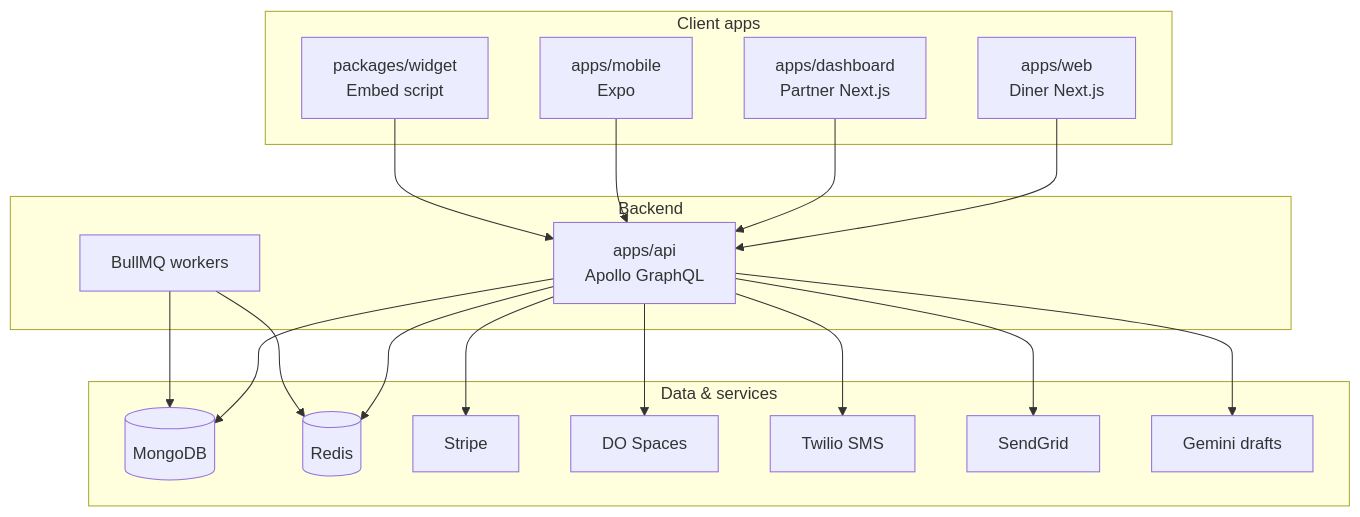
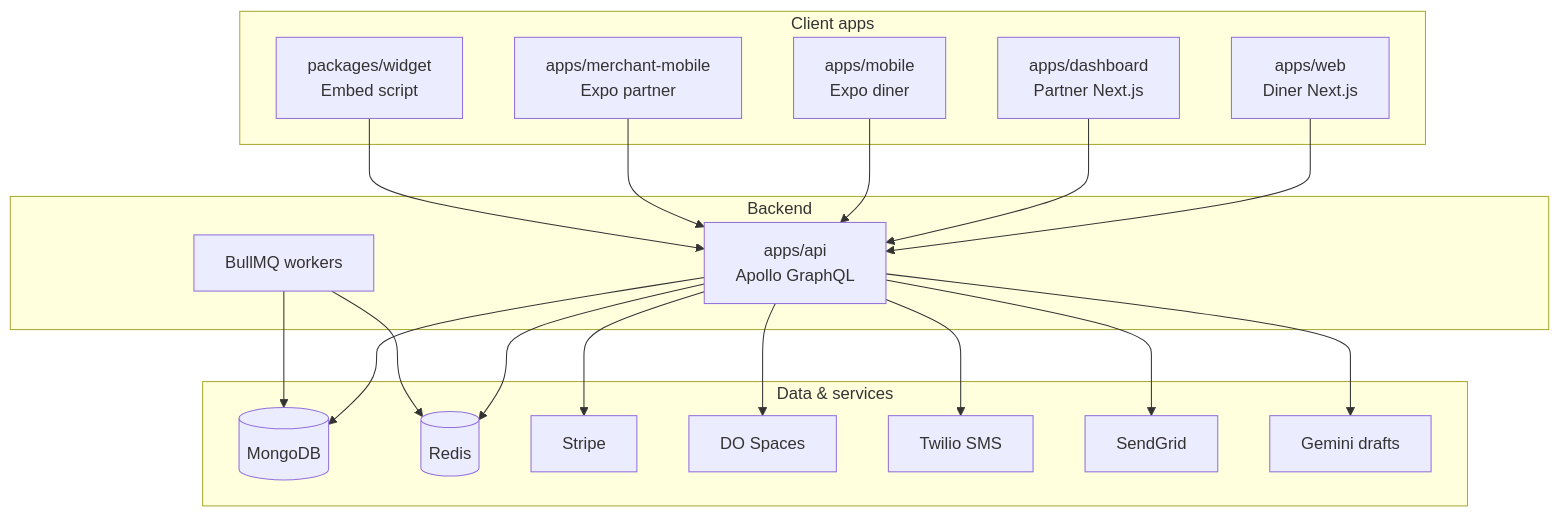
The diagram in apps/docs/docs/architecture/overview.md (elevaro-solutions/uzeats-reservations), drawn with Mermaid before and after one commit. The commit also changed other lines of this file and 45 other files, not shown here.

````diff
--- a/apps/docs/docs/architecture/overview.md
+++ b/apps/docs/docs/architecture/overview.md
@@ -5,38 +5,40 @@
 ```mermaid
 flowchart TB
   subgraph clients [Client apps]
     Web[apps/web<br/>Diner Next.js]
     Dash[apps/dashboard<br/>Partner Next.js]
-    Mobile[apps/mobile<br/>Expo]
+    Mobile[apps/mobile<br/>Expo diner]
+    Merchant[apps/merchant-mobile<br/>Expo partner]
     Widget[packages/widget<br/>Embed script]
   end
 
   subgraph backend [Backend]
     API[apps/api<br/>Apollo GraphQL]
     Workers[BullMQ workers]
   end
 
   subgraph data [Data & services]
     Mongo[(MongoDB)]
     Redis[(Redis)]
     Stripe[Stripe]
     Spaces[DO Spaces]
     Twilio[Twilio SMS]
     Email[SendGrid]
     Gemini[Gemini drafts]
   end
 
   Web --> API
   Dash --> API
   Mobile --> API
+  Merchant --> API
   Widget --> API
   API --> Mongo
   API --> Redis
   Workers --> Redis
   Workers --> Mongo
   API --> Stripe
   API --> Spaces
   API --> Twilio
   API --> Email
   API --> Gemini
 ```
````
